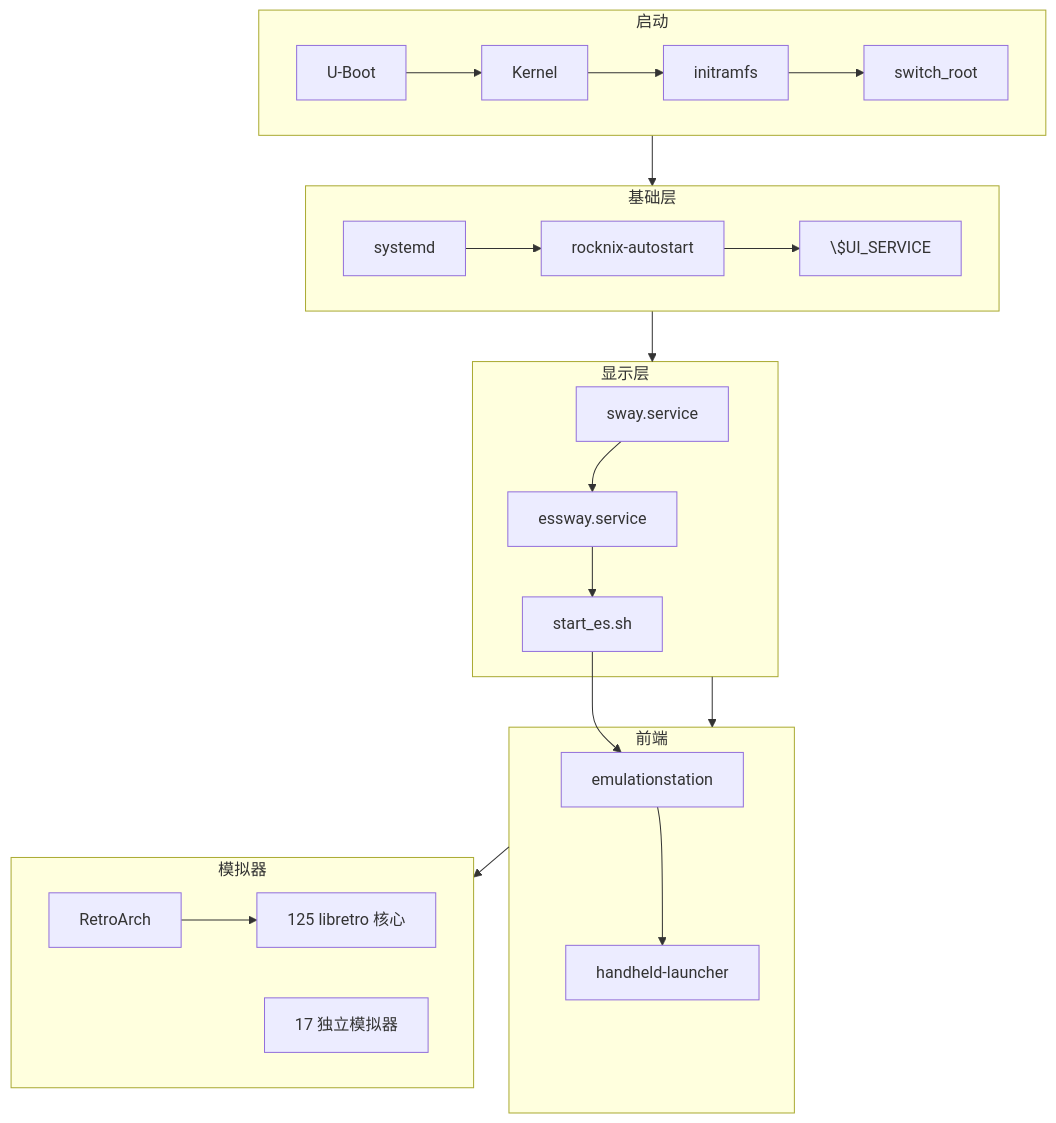
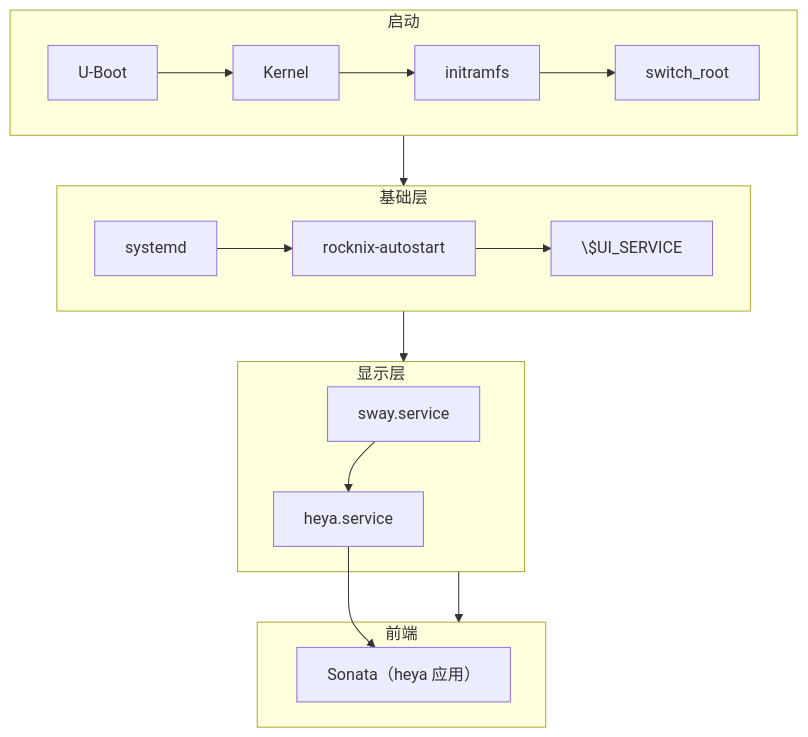
One commit to iamcheyan/rocknix changed the diagram in docs/heya-core-minimal/HEYA_MINIMALIZATION_REPORT.md. Above: the diagram before and after it, drawn with Mermaid. The commit also changed other lines of this file and 53 other files, not shown here.

Commit message:
Build H700 mini with heya, Sonata and XMPlayer integration

````diff
--- a/docs/heya-core-minimal/HEYA_MINIMALIZATION_REPORT.md
+++ b/docs/heya-core-minimal/HEYA_MINIMALIZATION_REPORT.md
@@ -7,21 +7,16 @@
 ```mermaid
 flowchart TB
   subgraph BOOT["启动"]
     U["U-Boot"] --> K["Kernel"] --> I["initramfs"] --> S["switch_root"]
   end
   subgraph BASE["基础层"]
     SD["systemd"] --> A["rocknix-autostart"] --> UI["\$UI_SERVICE"]
   end
   subgraph DISPLAY["显示层"]
-    SWAY["sway.service"] --> ES["essway.service"] --> SH["start_es.sh"]
+    SWAY["sway.service"] --> HEYA["heya.service"]
   end
   subgraph FRONT["前端"]
-    SH --> E["emulationstation"] --> H["handheld-launcher"]
-  end
-  subgraph EMU["模拟器"]
-    RA["RetroArch"] --> CORES["125 libretro 核心"]
-    IND["17 独立模拟器"]
+    HEYA --> SONATA["Sonata（heya 应用）"]
   end
   BOOT --> BASE --> DISPLAY --> FRONT
-  FRONT --> EMU
 ```
````
